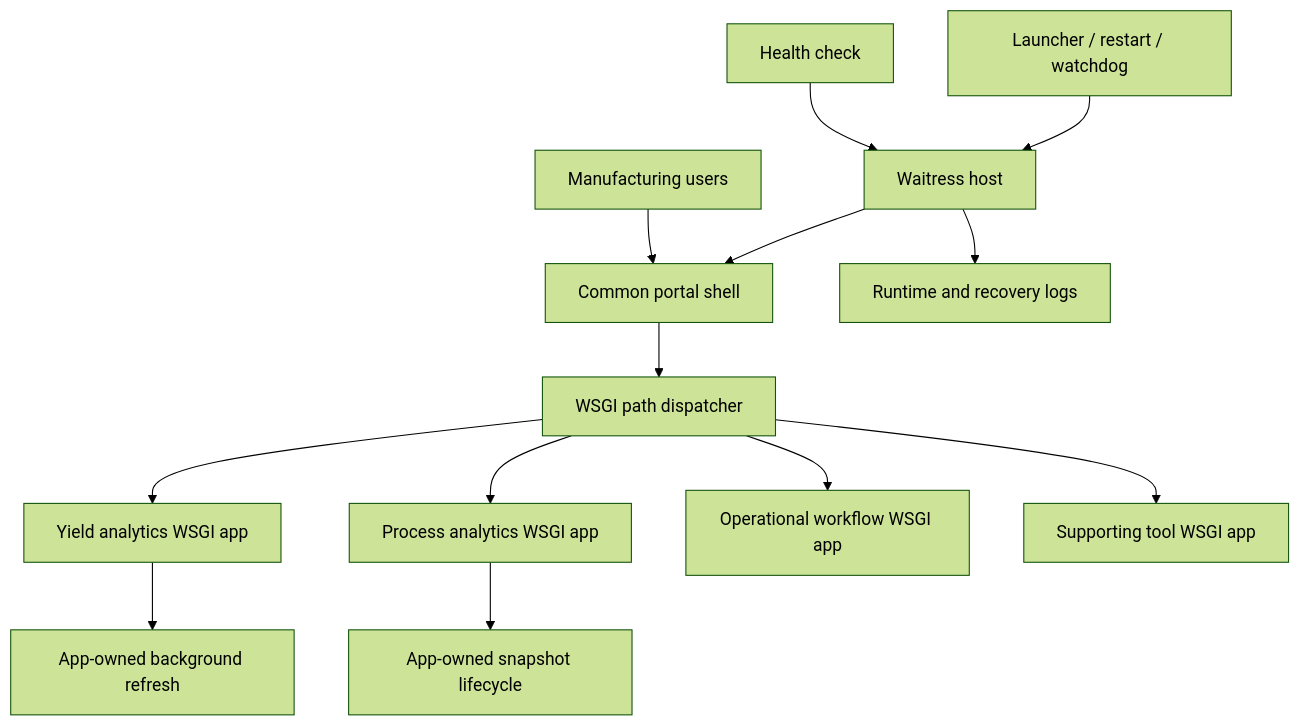
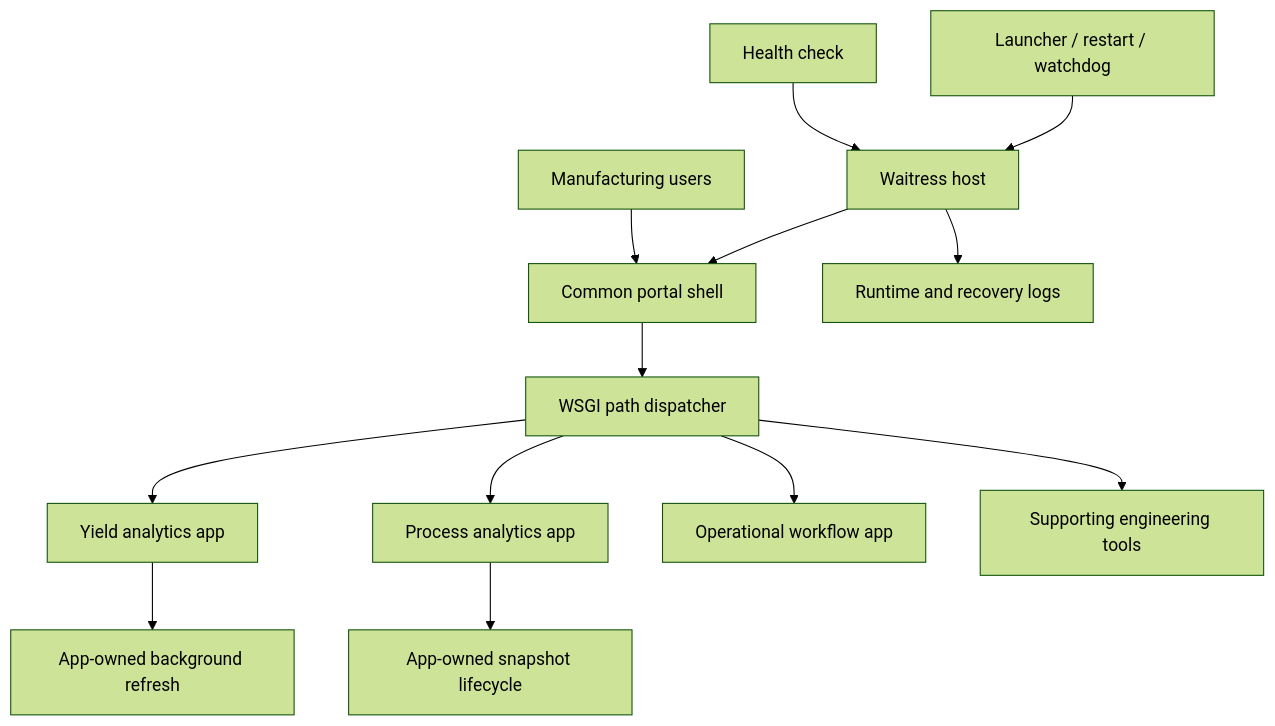
The second of 3 diagrams in case-studies/MANUFACTURING_APPLICATION_PLATFORM.md (4sy8zwp9hz-netizen/manufacturing-software-portfolio), drawn with Mermaid (forest theme) before and after one commit. The commit also changed other lines of this file and 6 other files, not shown here.

````diff
--- a/case-studies/MANUFACTURING_APPLICATION_PLATFORM.md
+++ b/case-studies/MANUFACTURING_APPLICATION_PLATFORM.md
@@ -61,15 +37,15 @@
 ```mermaid
 flowchart TB
     U[Manufacturing users] --> H[Common portal shell]
     H --> D[WSGI path dispatcher]
-    D --> A1[Yield analytics WSGI app]
-    D --> A2[Process analytics WSGI app]
-    D --> A3[Operational workflow WSGI app]
-    D --> A4[Supporting tool WSGI app]
+    D --> A1[Yield analytics app]
+    D --> A2[Process analytics app]
+    D --> A3[Operational workflow app]
+    D --> A4[Supporting engineering tools]
     W[Waitress host] --> H
     C[Health check] --> W
     O[Launcher / restart / watchdog] --> W
     W --> L[Runtime and recovery logs]
     A1 --> B1[App-owned background refresh]
     A2 --> B2[App-owned snapshot lifecycle]
 ```
````
